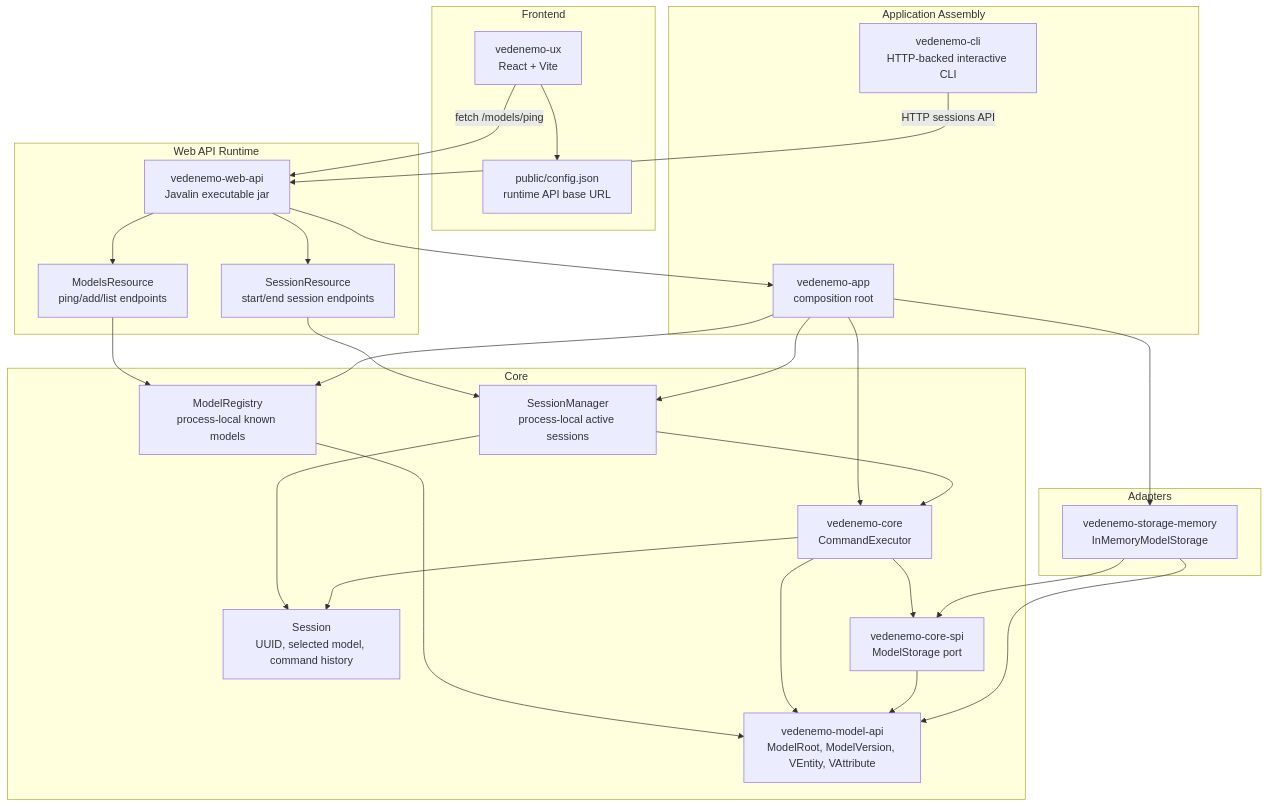
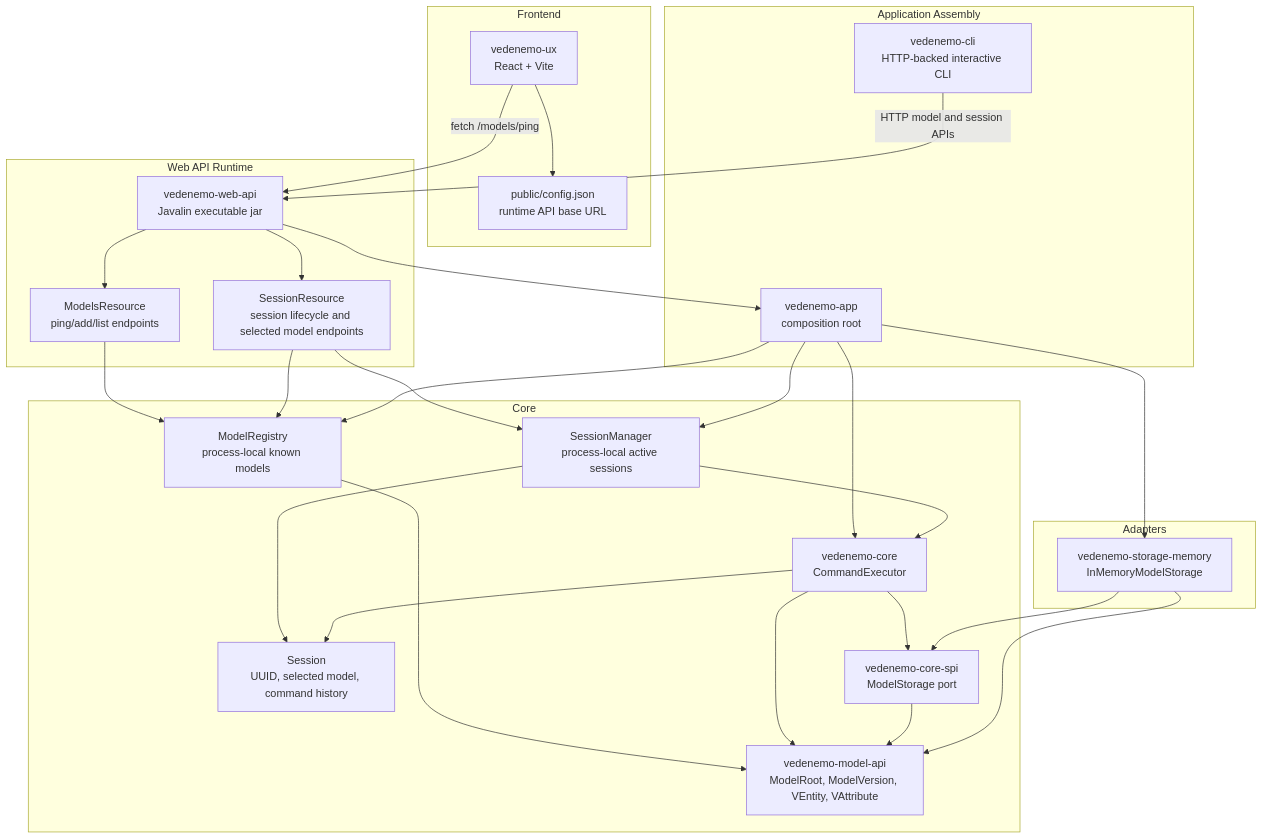
The first of 6 diagrams in docs/architecture_doc.md (VedenemoDev/VedenemoMonorepo), drawn with Mermaid before and after one commit. The commit also changed other lines of this file and 17 other files, not shown here.

First line of the commit message:
Add CLI model management commands

````diff
--- a/docs/architecture_doc.md
+++ b/docs/architecture_doc.md
@@ -14,54 +14,55 @@
 ```mermaid
 flowchart TB
 
 subgraph UX["Frontend"]
     ViteUX["vedenemo-ux<br/>React + Vite"]
     RuntimeConfig["public/config.json<br/>runtime API base URL"]
 end
 
 subgraph Web["Web API Runtime"]
     WebApi["vedenemo-web-api<br/>Javalin executable jar"]
     ModelsResource["ModelsResource<br/>ping/add/list endpoints"]
-    SessionResource["SessionResource<br/>start/end session endpoints"]
+    SessionResource["SessionResource<br/>session lifecycle and selected model endpoints"]
 end
 
 subgraph App["Application Assembly"]
     AppRoot["vedenemo-app<br/>composition root"]
     Cli["vedenemo-cli<br/>HTTP-backed interactive CLI"]
 end
 
 subgraph Core["Core"]
     CoreModule["vedenemo-core<br/>CommandExecutor"]
     SessionManager["SessionManager<br/>process-local active sessions"]
     Session["Session<br/>UUID, selected model, command history"]
     ModelRegistry["ModelRegistry<br/>process-local known models"]
     Spi["vedenemo-core-spi<br/>ModelStorage port"]
     ModelApi["vedenemo-model-api<br/>ModelRoot, ModelVersion, VEntity, VAttribute"]
 end
 
 subgraph Adapters["Adapters"]
     MemoryStorage["vedenemo-storage-memory<br/>InMemoryModelStorage"]
 end
 
 ViteUX --> RuntimeConfig
 ViteUX -->|fetch /models/ping| WebApi
-Cli -->|HTTP sessions API| WebApi
+Cli -->|HTTP model and session APIs| WebApi
 WebApi --> ModelsResource
 WebApi --> SessionResource
 WebApi --> AppRoot
 ModelsResource --> ModelRegistry
 SessionResource --> SessionManager
+SessionResource --> ModelRegistry
 AppRoot --> CoreModule
 AppRoot --> ModelRegistry
 AppRoot --> SessionManager
 AppRoot --> MemoryStorage
 SessionManager --> Session
 SessionManager --> CoreModule
 ModelRegistry --> ModelApi
 CoreModule --> Spi
 CoreModule --> ModelApi
 CoreModule --> Session
 Spi --> ModelApi
 MemoryStorage --> Spi
 MemoryStorage --> ModelApi
 ```
````
